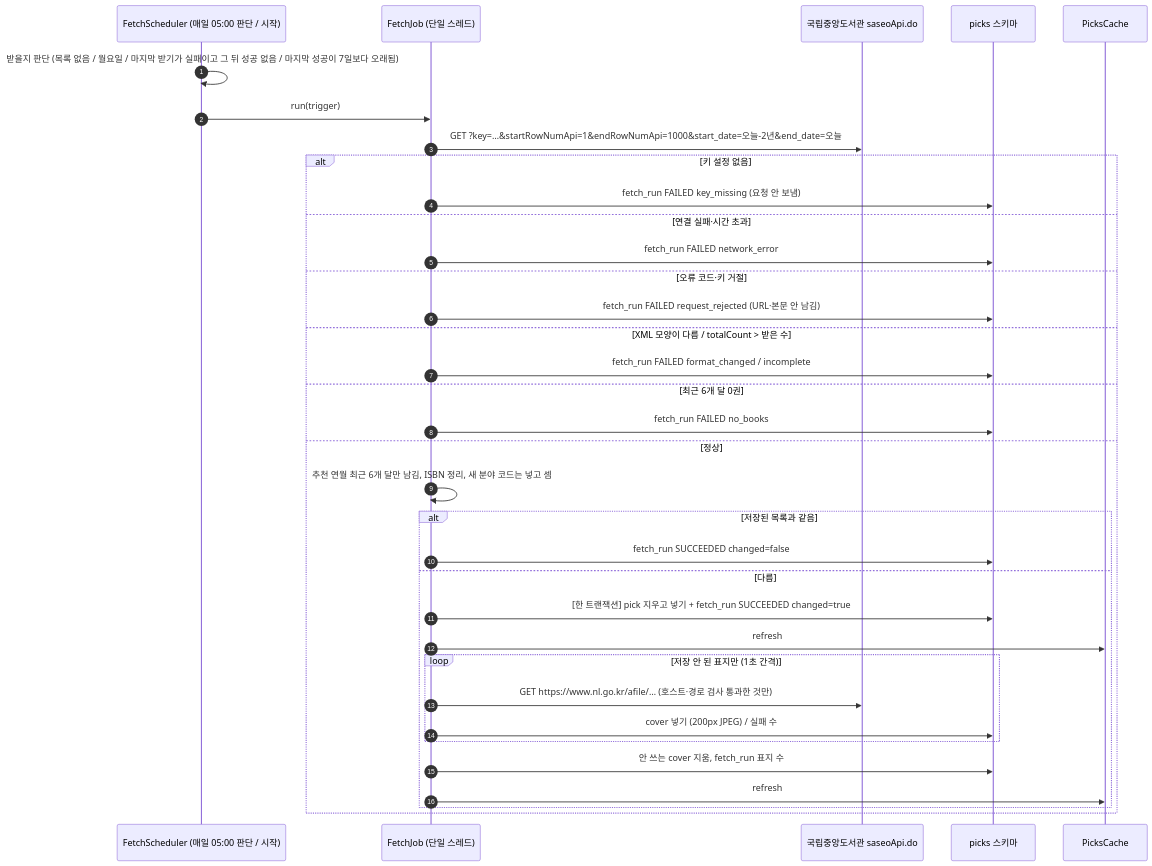
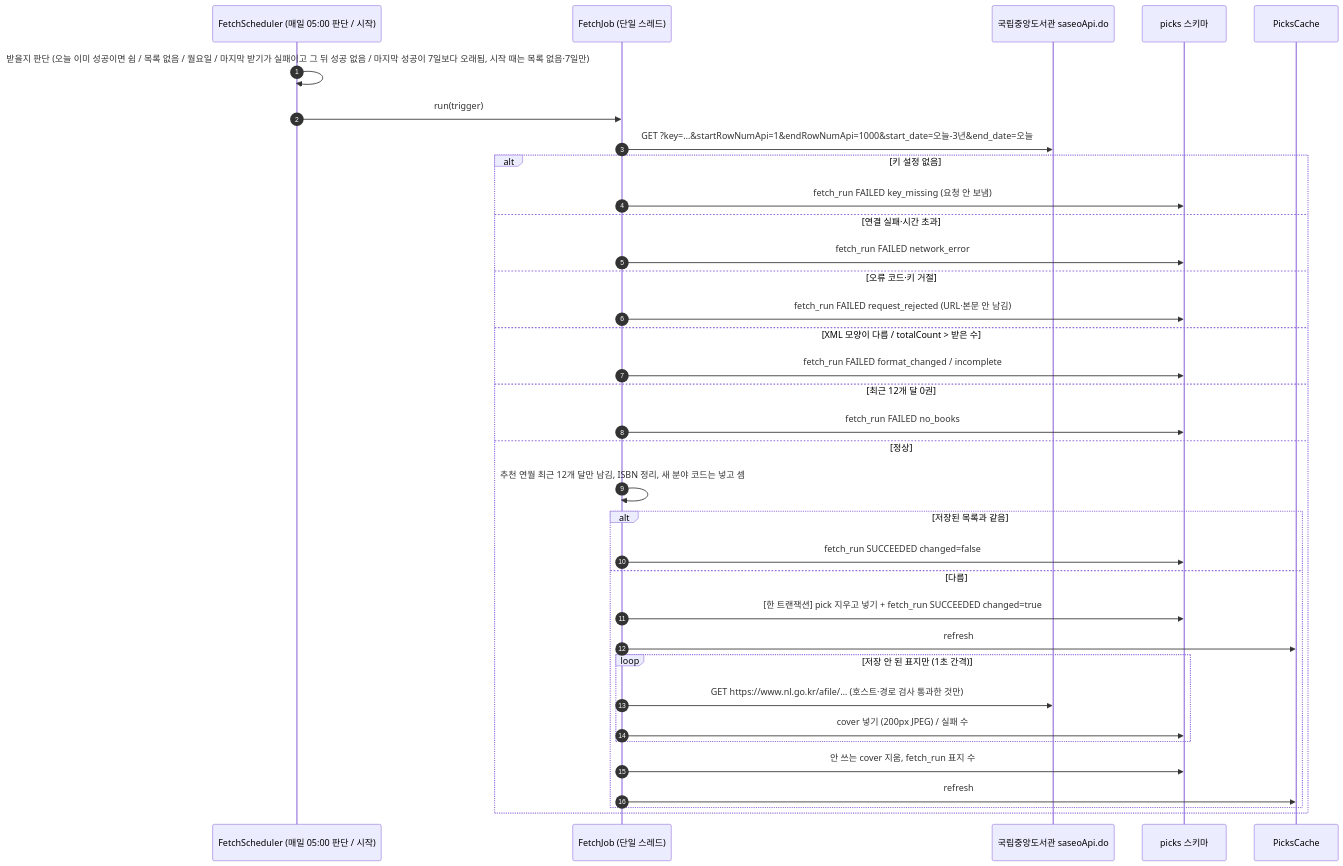
Diagram 27 of 39 in docs/current/flows.md (hodu-sketch/chaekcheck-plan), drawn with Mermaid before and after one commit. The commit also changed other lines of this file and 8 other files, not shown here.

````diff
--- a/docs/current/flows.md
+++ b/docs/current/flows.md
@@ -801,37 +805,37 @@
 ```mermaid
 sequenceDiagram
   autonumber
   participant S as FetchScheduler (매일 05:00 판단 / 시작)
   participant J as FetchJob (단일 스레드)
   participant N as 국립중앙도서관 saseoApi.do
   participant DB as picks 스키마
   participant C as PicksCache
-  S->>S: 받을지 판단 (목록 없음 / 월요일 / 마지막 받기가 실패이고 그 뒤 성공 없음 / 마지막 성공이 7일보다 오래됨)
+  S->>S: 받을지 판단 (오늘 이미 성공이면 쉼 / 목록 없음 / 월요일 / 마지막 받기가 실패이고 그 뒤 성공 없음 / 마지막 성공이 7일보다 오래됨, 시작 때는 목록 없음·7일만)
   S->>J: run(trigger)
-  J->>N: GET ?key=…&startRowNumApi=1&endRowNumApi=1000&start_date=오늘-2년&end_date=오늘
+  J->>N: GET ?key=…&startRowNumApi=1&endRowNumApi=1000&start_date=오늘-3년&end_date=오늘
   alt 키 설정 없음
     J->>DB: fetch_run FAILED key_missing (요청 안 보냄)
   else 연결 실패·시간 초과
     J->>DB: fetch_run FAILED network_error
   else 오류 코드·키 거절
     J->>DB: fetch_run FAILED request_rejected (URL·본문 안 남김)
   else XML 모양이 다름 / totalCount > 받은 수
     J->>DB: fetch_run FAILED format_changed / incomplete
-  else 최근 6개 달 0권
+  else 최근 12개 달 0권
     J->>DB: fetch_run FAILED no_books
   else 정상
-    J->>J: 추천 연월 최근 6개 달만 남김, ISBN 정리, 새 분야 코드는 넣고 셈
+    J->>J: 추천 연월 최근 12개 달만 남김, ISBN 정리, 새 분야 코드는 넣고 셈
     alt 저장된 목록과 같음
       J->>DB: fetch_run SUCCEEDED changed=false
     else 다름
       J->>DB: [한 트랜잭션] pick 지우고 넣기 + fetch_run SUCCEEDED changed=true
       J->>C: refresh
       loop 저장 안 된 표지만 (1초 간격)
         J->>N: GET https://www.nl.go.kr/afile/… (호스트·경로 검사 통과한 것만)
         J->>DB: cover 넣기 (200px JPEG) / 실패 수
       end
       J->>DB: 안 쓰는 cover 지움, fetch_run 표지 수
       J->>C: refresh
     end
   end
 ```
````
